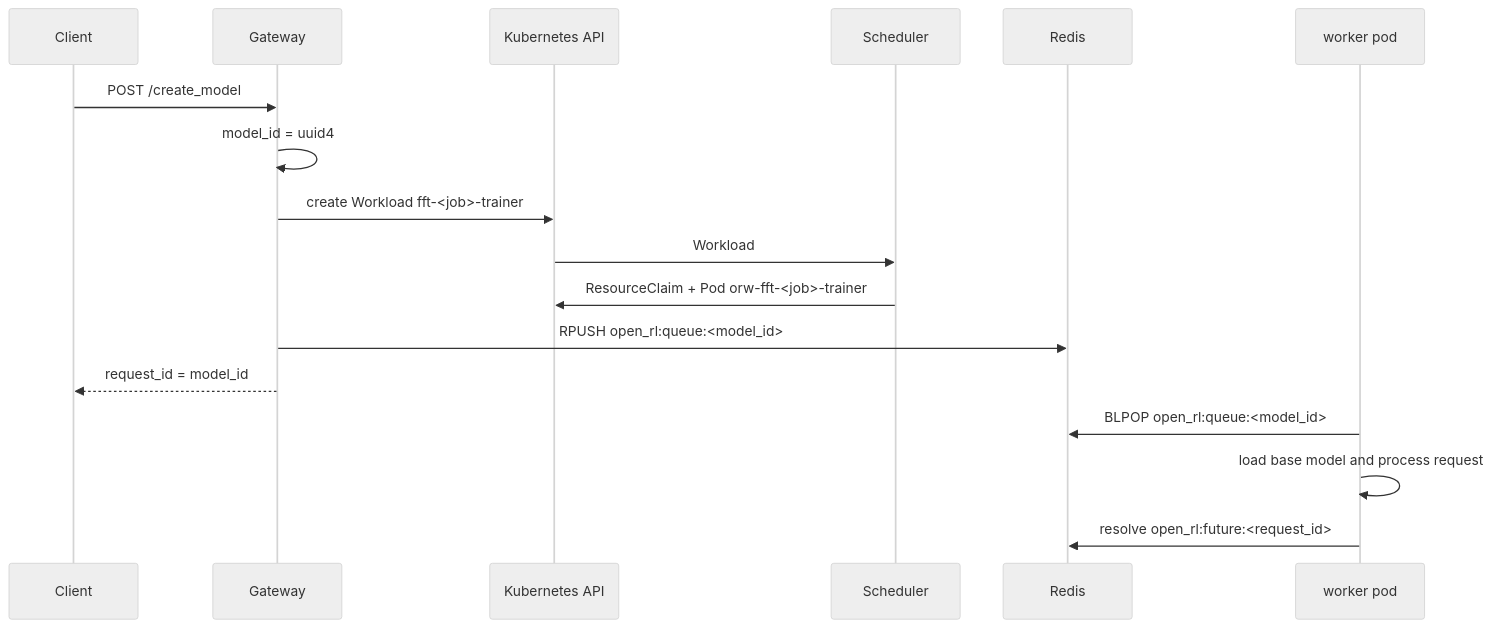
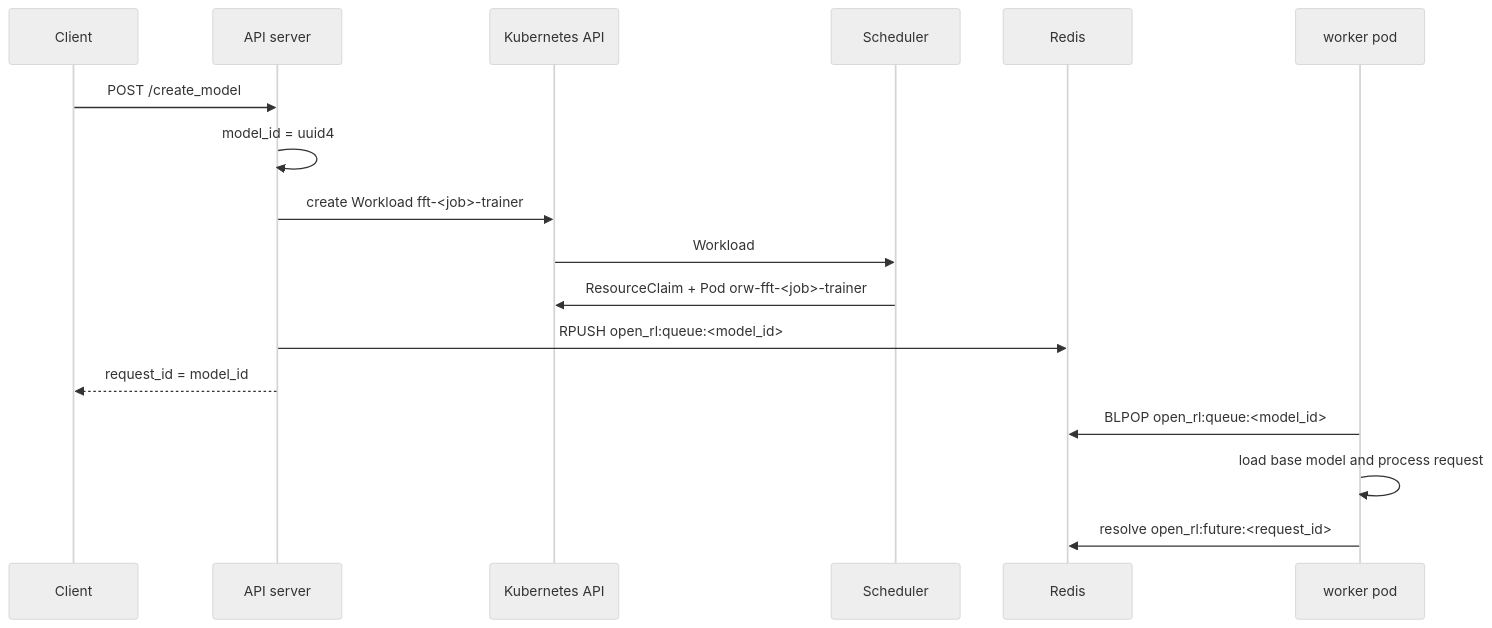
One commit to ShubyM/open-rl changed the second of 2 diagrams in docs/setup/gke-fft-timeslice.md. Above: the diagram before and after it, drawn with Mermaid (neutral theme). The commit also changed other lines of this file and 90 other files, not shown here.

Commit message:
Rename the gateway to the API server (#253)

````diff
--- a/docs/setup/gke-fft-timeslice.md
+++ b/docs/setup/gke-fft-timeslice.md
@@ -112,20 +112,20 @@
 ```mermaid
 sequenceDiagram
     participant C as Client
-    participant G as Gateway
+    participant G as API server
     participant K as Kubernetes API
     participant S as Scheduler
     participant R as Redis
     participant W as worker pod
 
     C->>G: POST /create_model
     G->>G: model_id = uuid4
     G->>K: create Workload fft-<job>-trainer
     K->>S: Workload
     S->>K: ResourceClaim + Pod orw-fft-<job>-trainer
     G->>R: RPUSH open_rl:queue:<model_id>
     G-->>C: request_id = model_id
     W->>R: BLPOP open_rl:queue:<model_id>
     W->>W: load base model and process request
     W->>R: resolve open_rl:future:<request_id>
 ```
````
